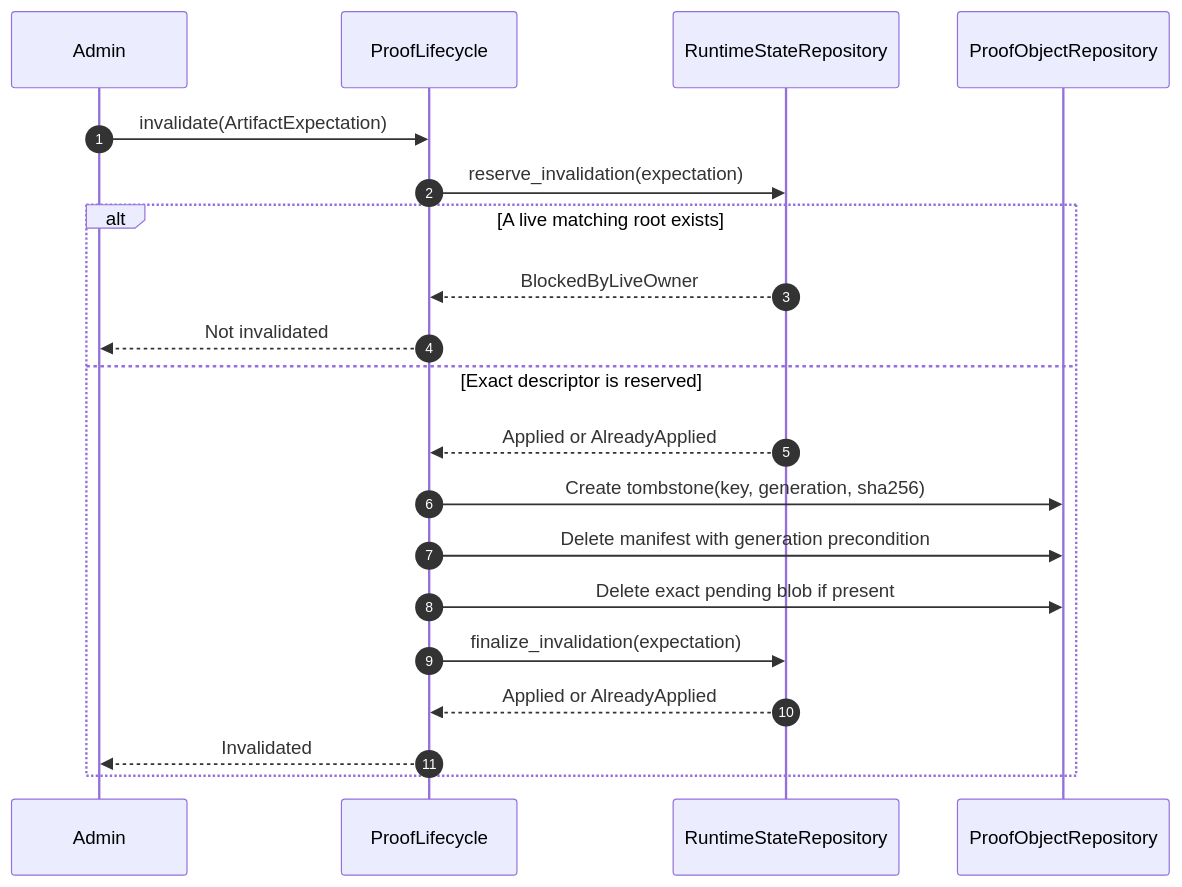
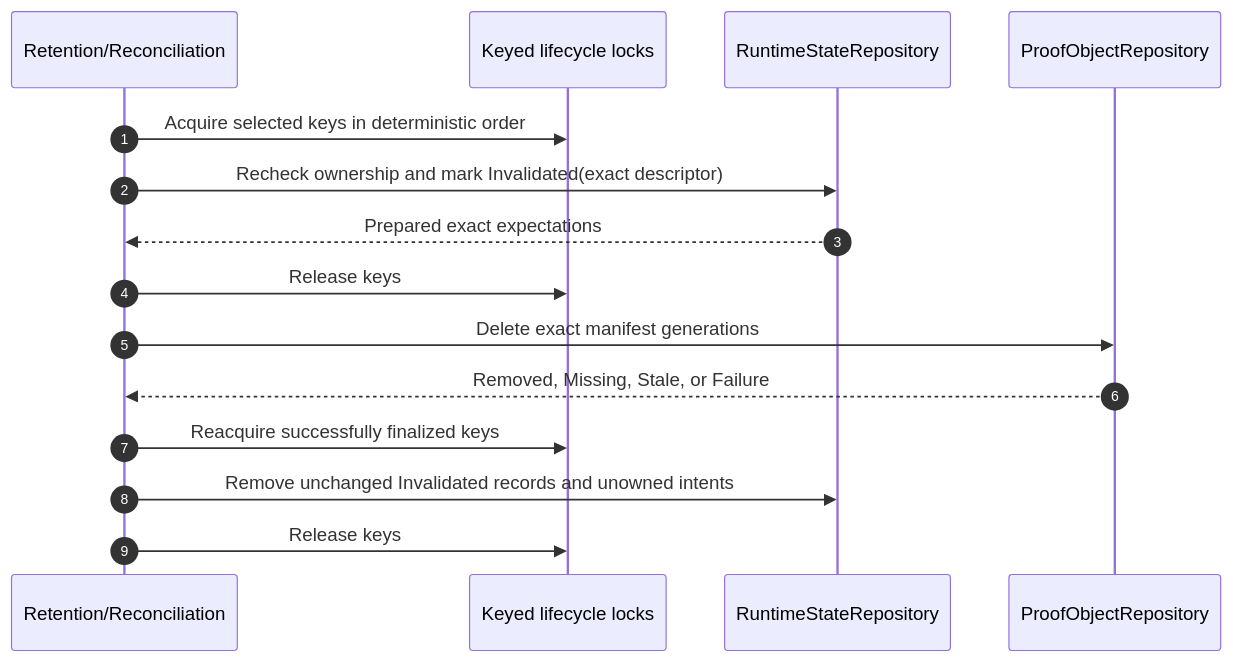
Diagram 11 of 15 in docs/architecture.md (taikoxyz/raiko2), drawn with Mermaid before and after one commit. The commit also changed other lines of this file and 25 other files, not shown here.

Commit message:
feat(runtime): make artifact lifecycle tombstone-free

````diff
--- a/docs/architecture.md
+++ b/docs/architecture.md
@@ -553,23 +541,18 @@
 ```mermaid
 sequenceDiagram
   autonumber
-  participant Admin
-  participant Lifecycle as ProofLifecycle
+  participant Cleanup as Retention/Reconciliation
+  participant Locks as Keyed lifecycle locks
   participant State as RuntimeStateRepository
   participant Objects as ProofObjectRepository
 
-  Admin->>Lifecycle: invalidate(ArtifactExpectation)
-  Lifecycle->>State: reserve_invalidation(expectation)
-  alt A live matching root exists
-    State-->>Lifecycle: BlockedByLiveOwner
-    Lifecycle-->>Admin: Not invalidated
-  else Exact descriptor is reserved
-    State-->>Lifecycle: Applied or AlreadyApplied
-    Lifecycle->>Objects: Create tombstone(key, generation, sha256)
-    Lifecycle->>Objects: Delete manifest with generation precondition
-    Lifecycle->>Objects: Delete exact pending blob if present
-    Lifecycle->>State: finalize_invalidation(expectation)
-    State-->>Lifecycle: Applied or AlreadyApplied
-    Lifecycle-->>Admin: Invalidated
-  end
+  Cleanup->>Locks: Acquire selected keys in deterministic order
+  Cleanup->>State: Recheck ownership and mark Invalidated(exact descriptor)
+  State-->>Cleanup: Prepared exact expectations
+  Cleanup->>Locks: Release keys
+  Cleanup->>Objects: Delete exact manifest generations
+  Objects-->>Cleanup: Removed, Missing, Stale, or Failure
+  Cleanup->>Locks: Reacquire successfully finalized keys
+  Cleanup->>State: Remove unchanged Invalidated records and unowned intents
+  Cleanup->>Locks: Release keys
 ```
````
